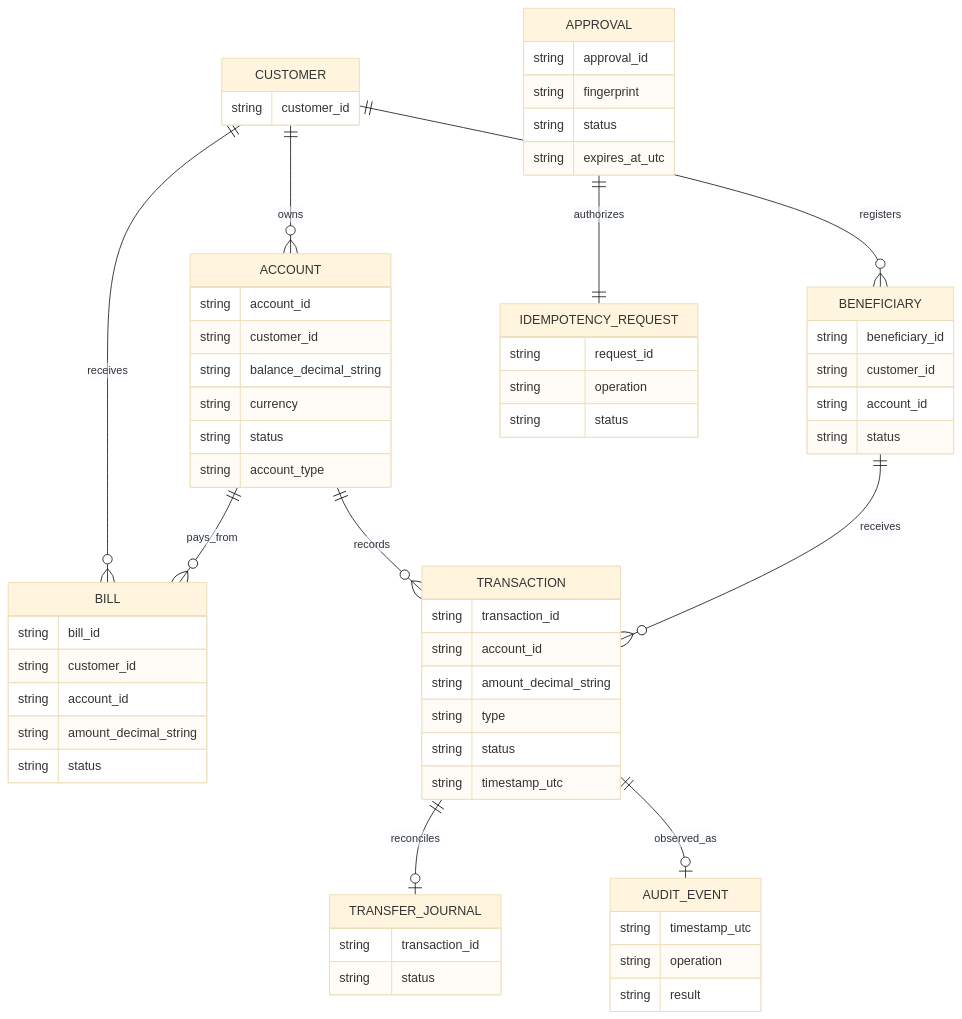
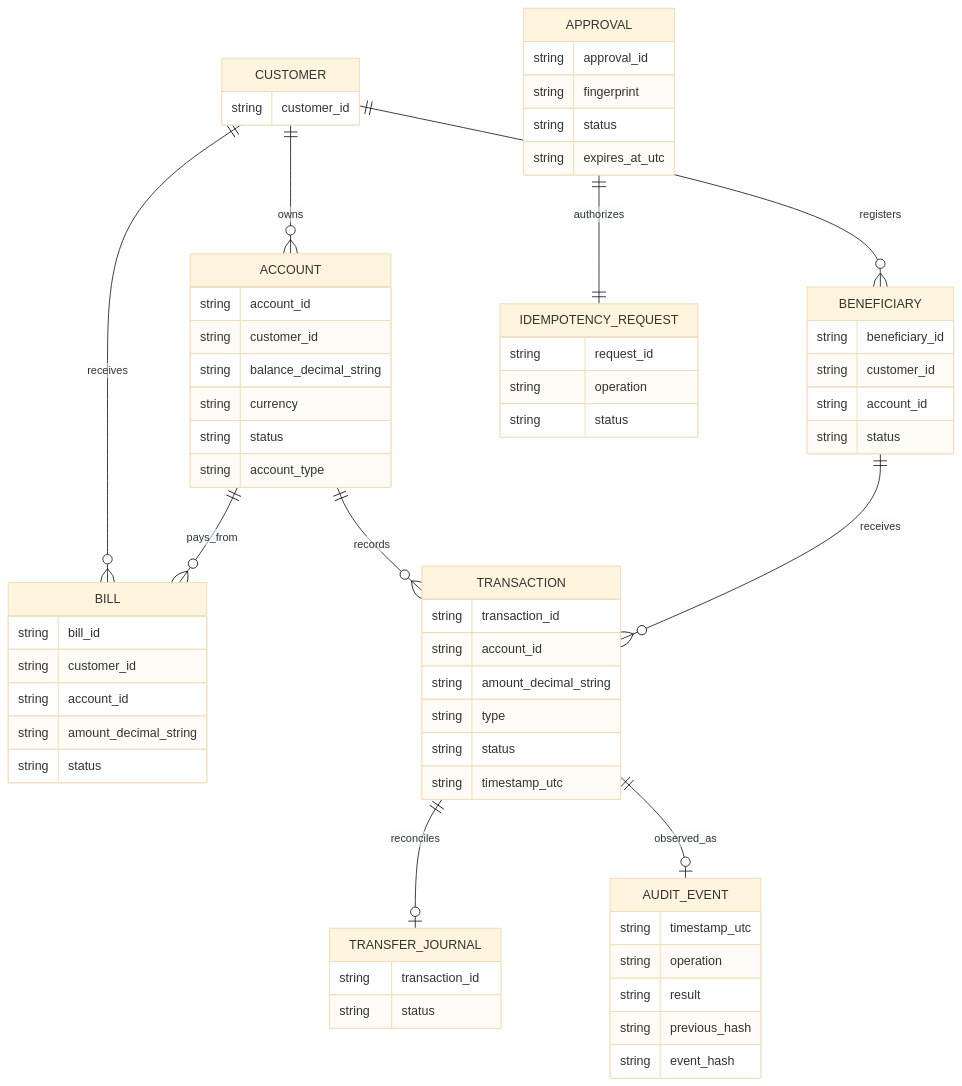
The third of 3 diagrams in README.md (MustakimShaikh01/Harness-Demo), drawn with Mermaid (base theme) before and after one commit. The commit also changed other lines of this file and 36 other files, not shown here.

````diff
--- a/README.md
+++ b/README.md
@@ -77,65 +80,67 @@
 ```mermaid
 erDiagram
     CUSTOMER ||--o{ ACCOUNT : owns
     CUSTOMER ||--o{ BENEFICIARY : registers
     CUSTOMER ||--o{ BILL : receives
     ACCOUNT ||--o{ TRANSACTION : records
     BENEFICIARY ||--o{ TRANSACTION : receives
     ACCOUNT ||--o{ BILL : pays_from
     APPROVAL ||--|| IDEMPOTENCY_REQUEST : authorizes
     TRANSACTION ||--o| TRANSFER_JOURNAL : reconciles
     TRANSACTION ||--o| AUDIT_EVENT : observed_as
 
     CUSTOMER {
         string customer_id
     }
     ACCOUNT {
         string account_id
         string customer_id
         string balance_decimal_string
         string currency
         string status
         string account_type
     }
     BENEFICIARY {
         string beneficiary_id
         string customer_id
         string account_id
         string status
     }
     BILL {
         string bill_id
         string customer_id
         string account_id
         string amount_decimal_string
         string status
     }
     TRANSACTION {
         string transaction_id
         string account_id
         string amount_decimal_string
         string type
         string status
         string timestamp_utc
     }
     APPROVAL {
         string approval_id
         string fingerprint
         string status
         string expires_at_utc
     }
     IDEMPOTENCY_REQUEST {
         string request_id
         string operation
         string status
     }
     TRANSFER_JOURNAL {
         string transaction_id
         string status
     }
     AUDIT_EVENT {
         string timestamp_utc
         string operation
         string result
+        string previous_hash
+        string event_hash
     }
 ```
````
